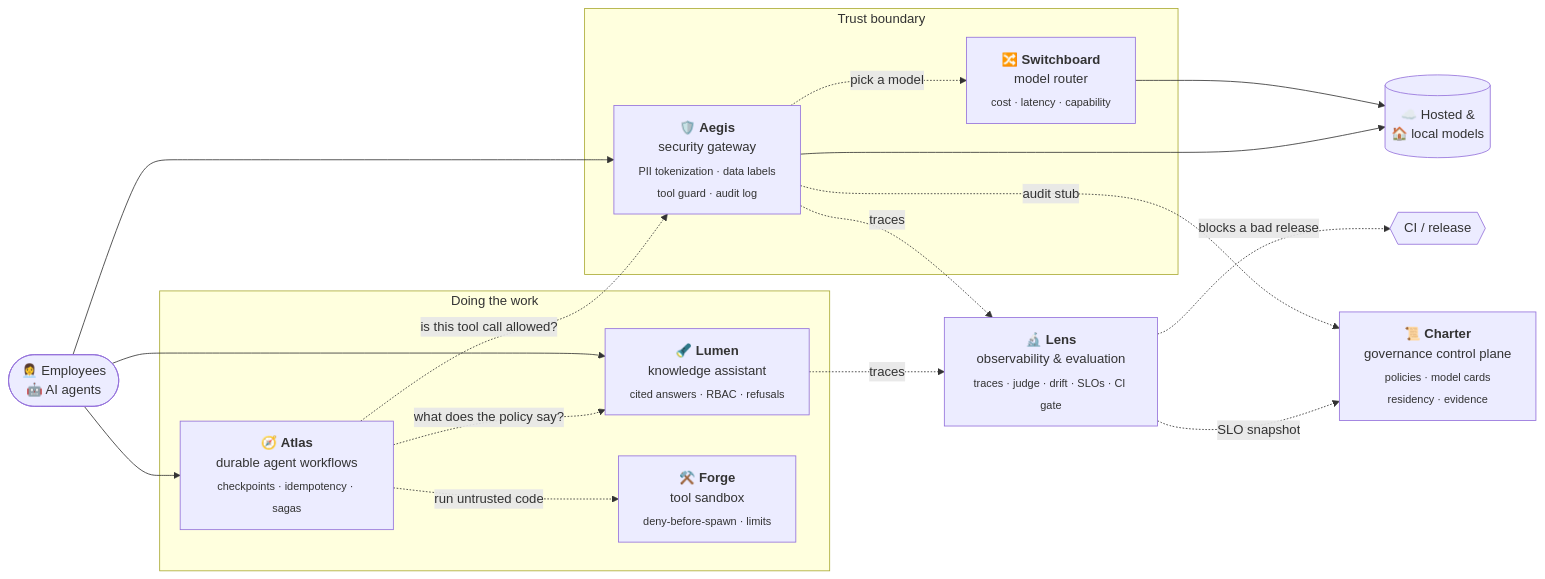
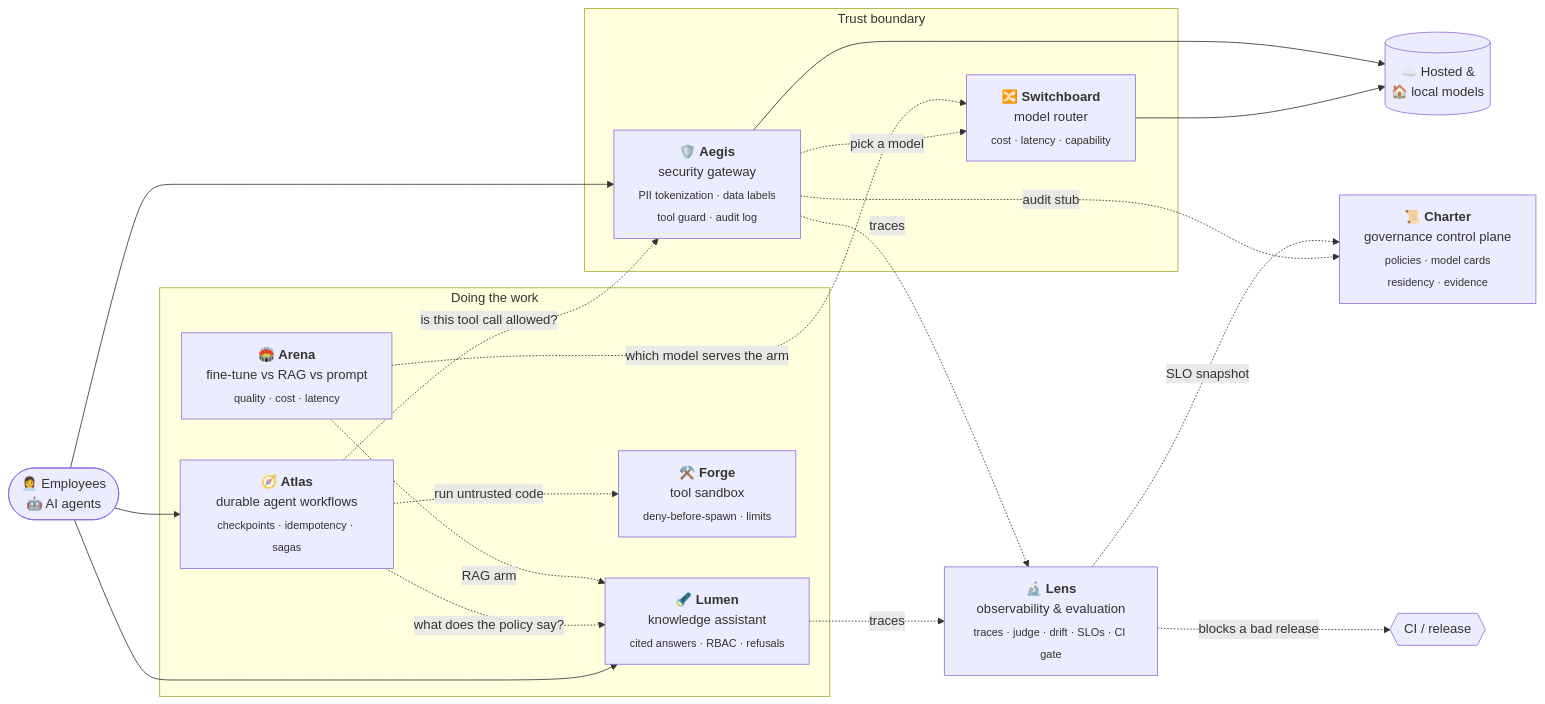
One commit to kumarlakshya24/enterprise-ai-platform changed the diagram in README.md. Above: the diagram before and after it, drawn with Mermaid. The commit also changed other lines of this file and 76 other files, not shown here.

First line of the commit message:
Arena: offline fine-tune vs RAG vs prompt decision bench (#14)

````diff
--- a/README.md
+++ b/README.md
@@ -49,32 +51,35 @@
 ```mermaid
 flowchart LR
   U(["👩‍💼 Employees<br/>🤖 AI agents"]) --> AEG
 
   subgraph EDGE["Trust boundary"]
     AEG["🛡️ <b>Aegis</b><br/>security gateway<br/><sub>PII tokenization · data labels<br/>tool guard · audit log</sub>"]
     SW["🔀 <b>Switchboard</b><br/>model router<br/><sub>cost · latency · capability</sub>"]
   end
 
   subgraph WORK["Doing the work"]
     LUM["🔦 <b>Lumen</b><br/>knowledge assistant<br/><sub>cited answers · RBAC · refusals</sub>"]
     ATL["🧭 <b>Atlas</b><br/>durable agent workflows<br/><sub>checkpoints · idempotency · sagas</sub>"]
     FRG["⚒️ <b>Forge</b><br/>tool sandbox<br/><sub>deny-before-spawn · limits</sub>"]
+    ARN["🏟️ <b>Arena</b><br/>fine-tune vs RAG vs prompt<br/><sub>quality · cost · latency</sub>"]
   end
 
   AEG -. "pick a model" .-> SW --> LLM[("☁️ Hosted &<br/>🏠 local models")]
   AEG --> LLM
   U --> LUM
   U --> ATL
   ATL -. "is this tool call allowed?" .-> AEG
   ATL -. "what does the policy say?" .-> LUM
   ATL -. "run untrusted code" .-> FRG
 
   LENS["🔬 <b>Lens</b><br/>observability & evaluation<br/><sub>traces · judge · drift · SLOs · CI gate</sub>"]
   CHR["📜 <b>Charter</b><br/>governance control plane<br/><sub>policies · model cards<br/>residency · evidence</sub>"]
 
   AEG -. traces .-> LENS
   LUM -. traces .-> LENS
   LENS -. "blocks a bad release" .-> CI{{"CI / release"}}
   AEG -. "audit stub" .-> CHR
   LENS -. "SLO snapshot" .-> CHR
+  ARN -. "RAG arm" .-> LUM
+  ARN -. "which model serves the arm" .-> SW
 ```
````
